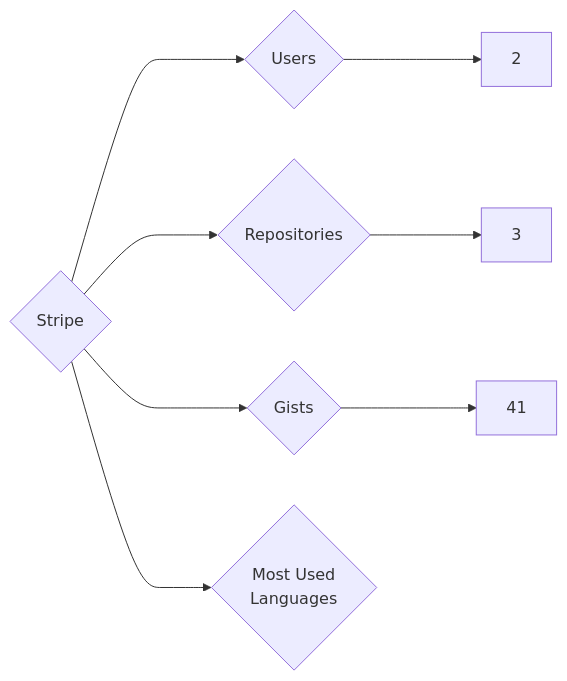
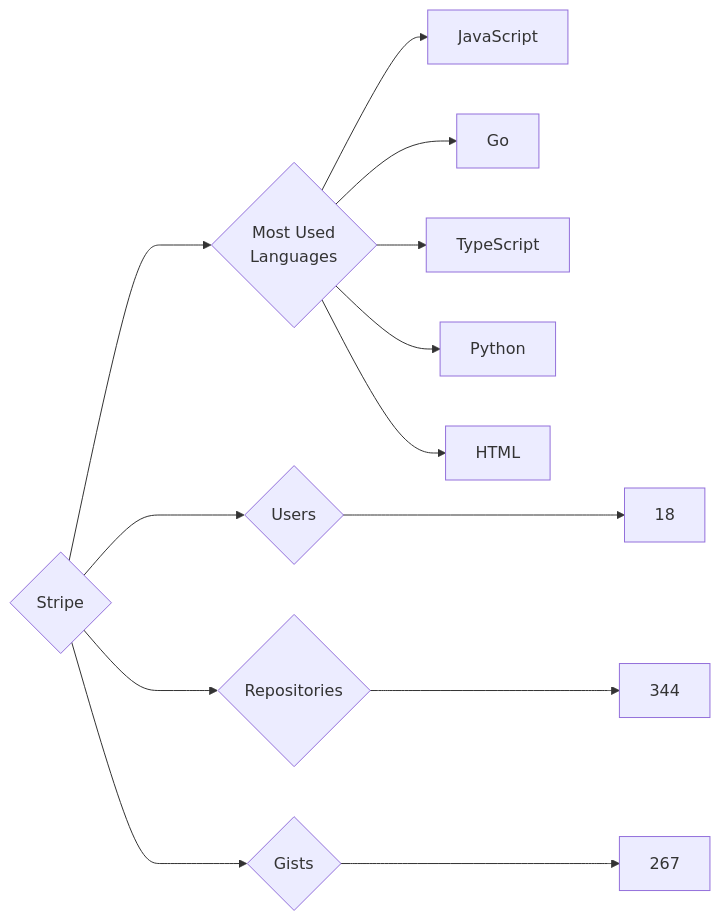
The diagram in targets/Stripe/README.md (trickest/insiders), drawn with Mermaid before and after one commit. The commit also changed 597 other files, not shown here.

````diff
--- a/targets/Stripe/README.md
+++ b/targets/Stripe/README.md
@@ -3,8 +3,13 @@
 ```mermaid
 graph LR
 COMPANY_NAME{Stripe}
-COMPANY_NAME ---> U{Users} ---> UN[2]
-COMPANY_NAME ---> R{Repositories} ---> RN[3]
-COMPANY_NAME ---> G{Gists} ---> GN[41]
+COMPANY_NAME ---> U{Users} ---> UN[18]
+COMPANY_NAME ---> R{Repositories} ---> RN[344]
+COMPANY_NAME ---> G{Gists} ---> GN[267]
 COMPANY_NAME ---> ML{Most Used<br>Languages}
+ML --> JavaScript[JavaScript]
+ML --> Go[Go]
+ML --> TypeScript[TypeScript]
+ML --> Python[Python]
+ML --> HTML[HTML]
 ```
````
